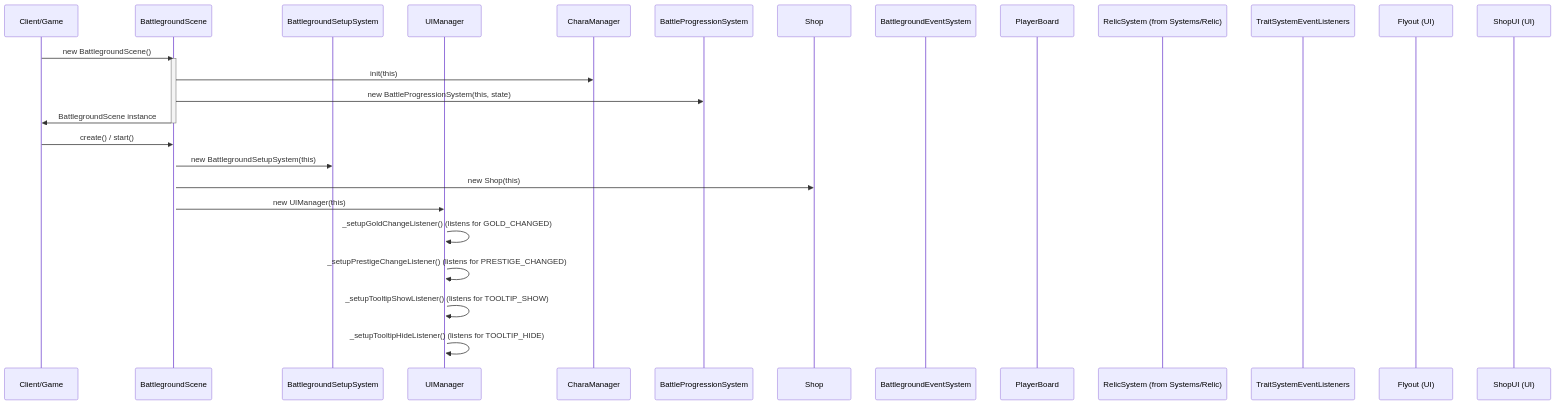
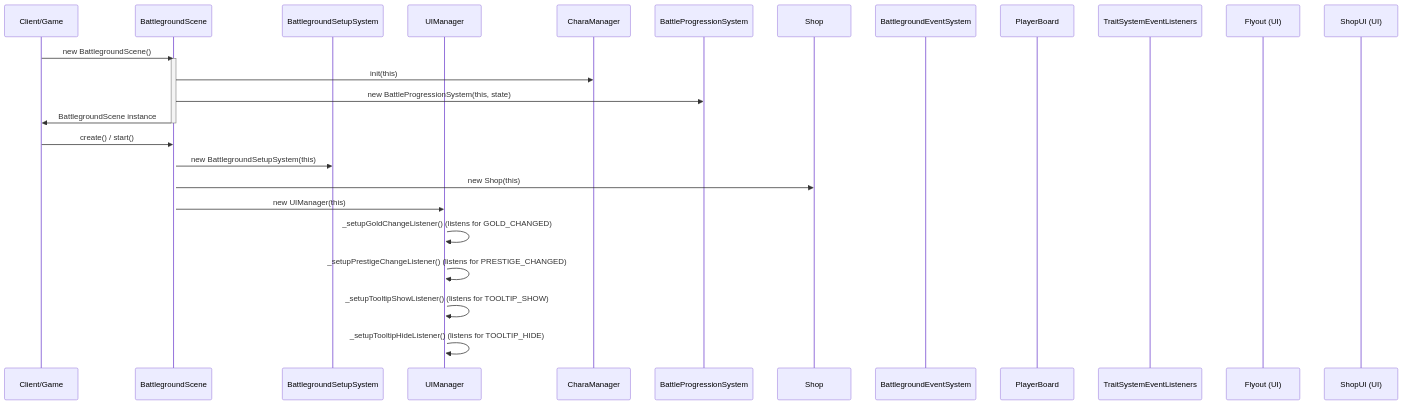
Before and after one commit to lfarroco/mana-game: the first of 2 diagrams in phaser/src/Scenes/Battleground/README.md, drawn with Mermaid. The commit also changed 21 other files, not shown here.

````diff
--- a/phaser/src/Scenes/Battleground/README.md
+++ b/phaser/src/Scenes/Battleground/README.md
@@ -3,38 +3,37 @@
 ```mermaid
 
 sequenceDiagram
     %% Title: BattlegroundScene Initialization and Shop Phase Start
 
     participant Client as Client/Game
     participant BS as BattlegroundScene
     participant BSetupS as BattlegroundSetupSystem
     participant UIM as UIManager
     participant CM as CharaManager
     participant BPS as BattleProgressionSystem
     participant ShopSys as Shop
     participant BES as BattlegroundEventSystem
     participant PB as PlayerBoard
-    participant RelicSys as RelicSystem (from Systems/Relic)
     participant TraitSysEL as TraitSystemEventListeners
     participant Flyout as Flyout (UI)
     participant ShopUI as ShopUI (UI)
 
     Client->>BS: new BattlegroundScene()
     activate BS
     BS->>CM: init(this)
     BS->>BPS: new BattleProgressionSystem(this, state)
     BS->>Client: BattlegroundScene instance
     deactivate BS
 
     Client->>BS: create() / start()
     activate BS
 
     BS->>BSetupS: new BattlegroundSetupSystem(this)
     BS->>ShopSys: new Shop(this)
     BS->>UIM: new UIManager(this)
     activate UIM
     UIM->>UIM: _setupGoldChangeListener() (listens for GOLD_CHANGED)
     UIM->>UIM: _setupPrestigeChangeListener() (listens for PRESTIGE_CHANGED)
     UIM->>UIM: _setupTooltipShowListener() (listens for TOOLTIP_SHOW)
     UIM->>UIM: _setupTooltipHideListener() (listens for TOOLTIP_HIDE)
 ```
````
